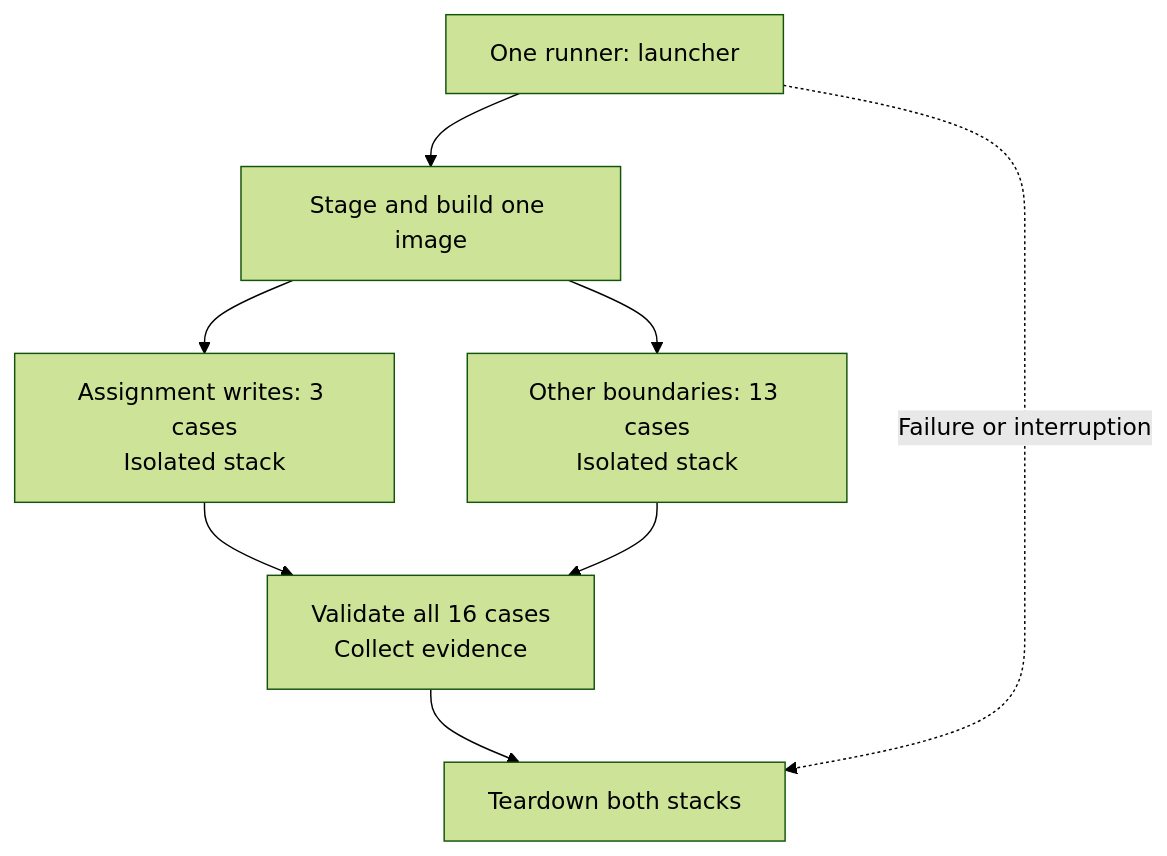
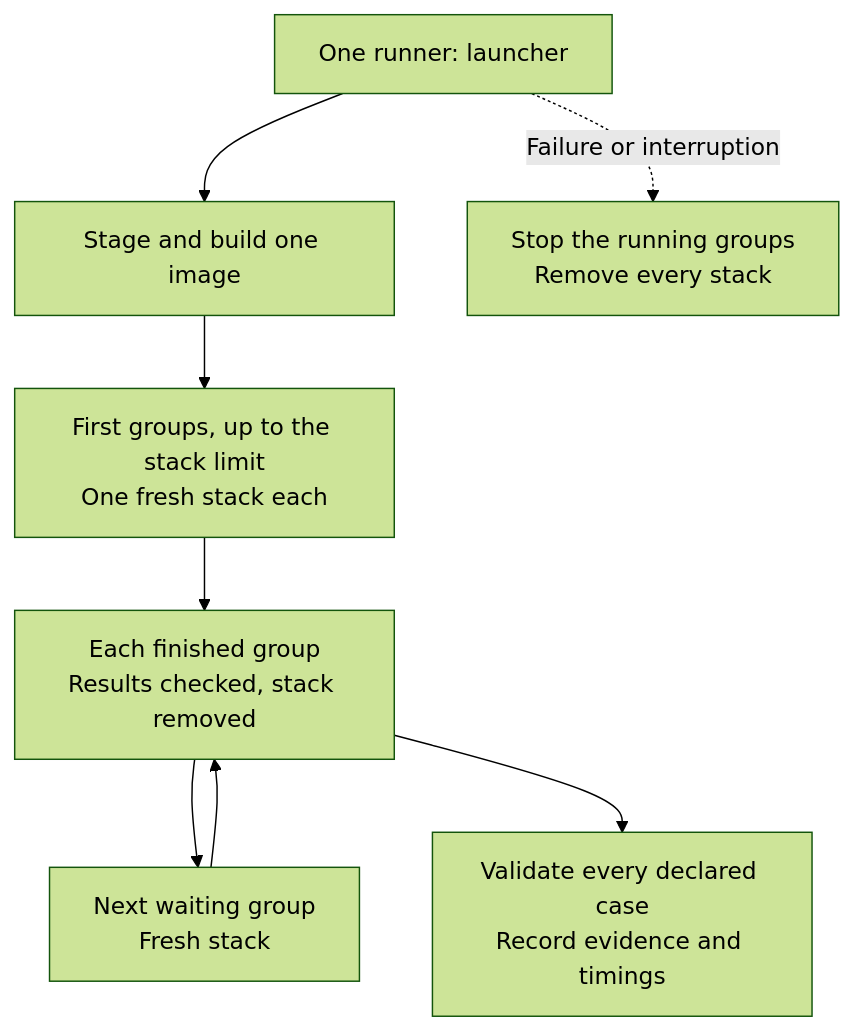
The diagram in docs/TESTING.md (WillHirsch/yizkr), drawn with Mermaid (forest theme) before and after one commit. The commit also changed other lines of this file and 4 other files, not shown here.

First line of the commit message:
Give the fictional lane a time budget, recorded timings and groups that can grow (#956)

````diff
--- a/docs/TESTING.md
+++ b/docs/TESTING.md
@@ -198,10 +200,10 @@
 ```mermaid
 flowchart TD
     A["One runner: launcher"] --> B["Stage and build one image"]
-    B --> C["Assignment writes: 3 cases<br/>Isolated stack"]
-    B --> D["Other boundaries: 13 cases<br/>Isolated stack"]
-    C --> E["Validate all 16 cases<br/>Collect evidence"]
-    D --> E
-    E --> F["Teardown both stacks"]
-    A -. "Failure or interruption" .-> F
+    B --> C["First groups, up to the stack limit<br/>One fresh stack each"]
+    C --> D["Each finished group<br/>Results checked, stack removed"]
+    D --> G["Next waiting group<br/>Fresh stack"]
+    G --> D
+    D --> E["Validate every declared case<br/>Record evidence and timings"]
+    A -. "Failure or interruption" .-> F["Stop the running groups<br/>Remove every stack"]
 ```
````
